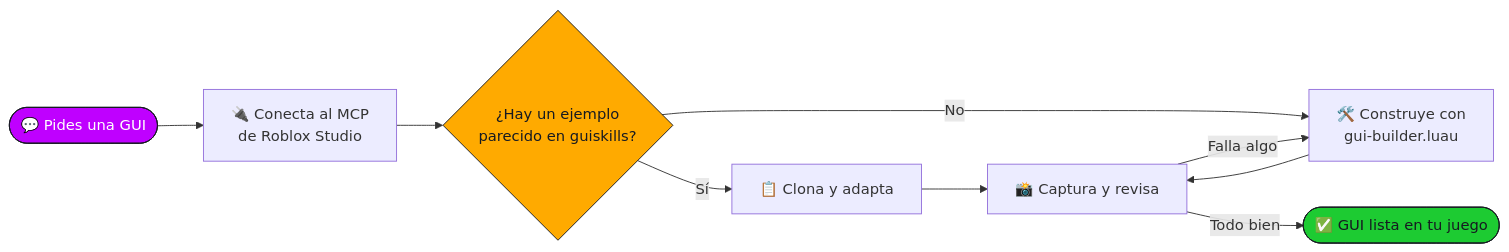
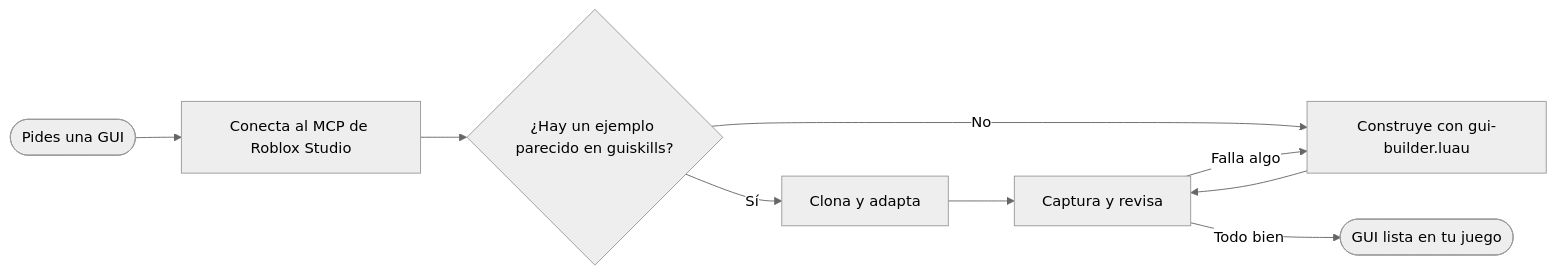
Before and after one commit to kolioty/roblox-gui-kit: the diagram in README.md, drawn with Mermaid. The commit also changed other lines of this file and 12 other files, not shown here.

````diff
--- a/README.md
+++ b/README.md
@@ -80,15 +72,12 @@
 ```mermaid
+%%{init: {'theme': 'neutral'}}%%
 flowchart LR
-    A([💬 Pides una GUI]) --> B[🔌 Conecta al MCP<br/>de Roblox Studio]
-    B --> C{¿Hay un ejemplo<br/>parecido en guiskills?}
-    C -- Sí --> D[📋 Clona y adapta]
-    C -- No --> E[🛠️ Construye con<br/>gui-builder.luau]
-    D --> F[📸 Captura y revisa]
+    A([Pides una GUI]) --> B[Conecta al MCP de Roblox Studio]
+    B --> C{¿Hay un ejemplo parecido en guiskills?}
+    C -- Sí --> D[Clona y adapta]
+    C -- No --> E[Construye con gui-builder.luau]
+    D --> F[Captura y revisa]
     E --> F
     F -- Falla algo --> E
-    F -- Todo bien --> G([✅ GUI lista en tu juego])
-
-    style A fill:#BF00FF,stroke:#161A21,color:#fff
-    style G fill:#1DCB32,stroke:#161A21,color:#161A21
-    style C fill:#FFAA00,stroke:#161A21,color:#161A21
+    F -- Todo bien --> G([GUI lista en tu juego])
 ```
````
